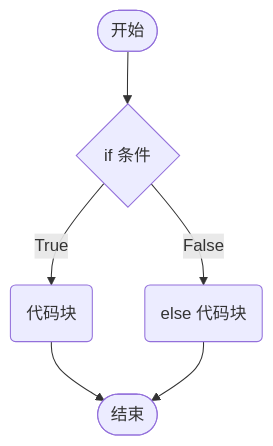
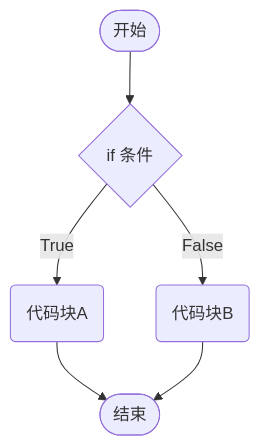
Before and after one commit to hughxusu/lesson-py: the second of 3 diagrams in a-base/7-条件.md, drawn with Mermaid. The commit also changed other lines of this file and 5 other files, not shown here.

````diff
--- a/a-base/7-条件.md
+++ b/a-base/7-条件.md
@@ -118,5 +118,5 @@
 ```mermaid
 flowchart
-    a([开始])-->b{if 条件}--True-->c(代码块)-->e([结束])
-    b--False-->f(else 代码块)-->e
+    a([开始])-->b{if 条件}--True-->c(代码块A)-->e([结束])
+    b--False-->f(代码块B)-->e
 ```
````
